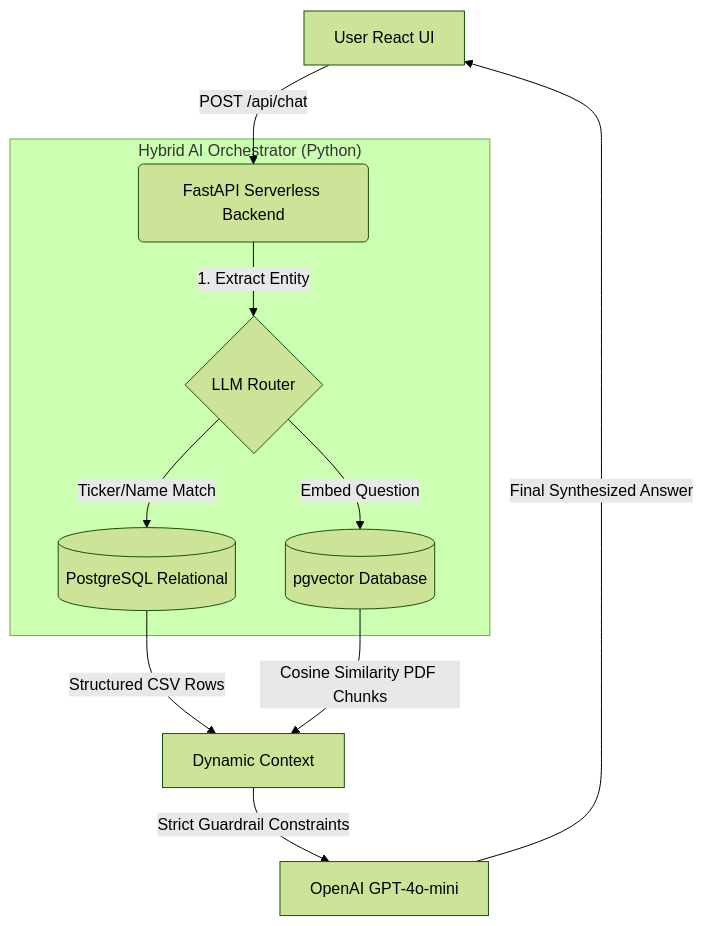
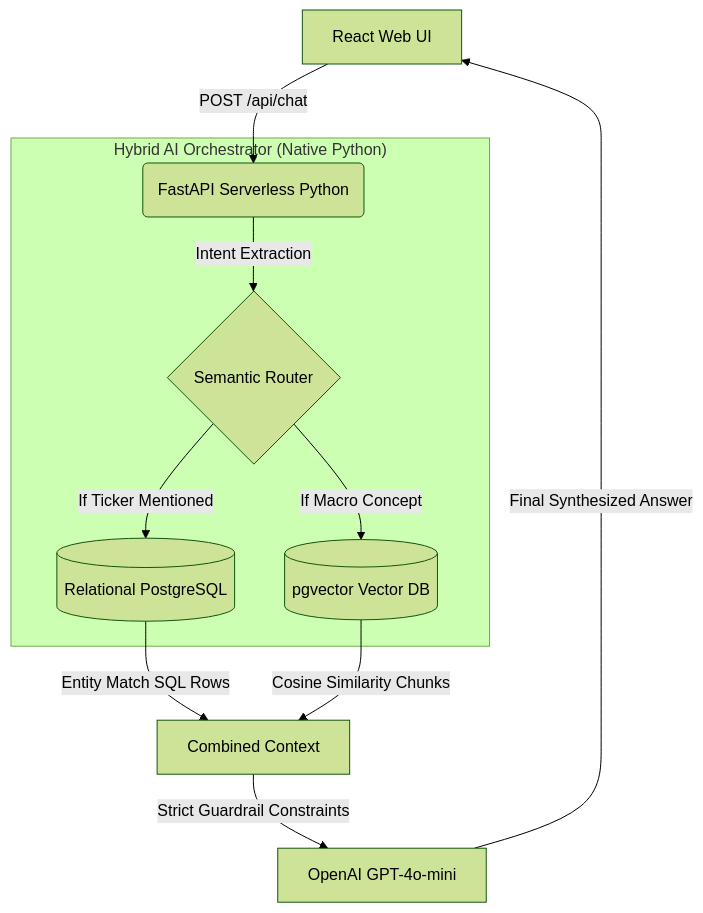
Before and after one commit to negraodenio/talk2data: the diagram in README.md, drawn with Mermaid (forest theme). The commit also changed other lines of this file and 2 other files, not shown here.

Commit message:
docs: overhaul Master README to explicitly declare fulfillment of all PDF requirements

````diff
--- a/README.md
+++ b/README.md
@@ -27,16 +20,16 @@
 ```mermaid
 graph TD
-    A[User React UI] -->|POST /api/chat| B(FastAPI Serverless Backend)
+    A[React Web UI] -->|POST /api/chat| B(FastAPI Serverless Python)
     
-    subgraph "Hybrid AI Orchestrator (Python)"
-    B -->|1. Extract Entity| C{LLM Router}
-    C -->|Ticker/Name Match| D[(PostgreSQL Relational)]
-    C -->|Embed Question| E[(pgvector Database)]
+    subgraph "Hybrid AI Orchestrator (Native Python)"
+    B -->|Intent Extraction| C{Semantic Router}
+    C -->|If Ticker Mentioned| D[(Relational PostgreSQL)]
+    C -->|If Macro Concept| E[(pgvector Vector DB)]
     end
     
-    D -->|Structured CSV Rows| F[Dynamic Context]
-    E -->|Cosine Similarity PDF Chunks| F
+    D -->|Entity Match SQL Rows| F[Combined Context]
+    E -->|Cosine Similarity Chunks| F
     
     F -->|Strict Guardrail Constraints| G[OpenAI GPT-4o-mini]
     G -->|Final Synthesized Answer| A
 ```
````
